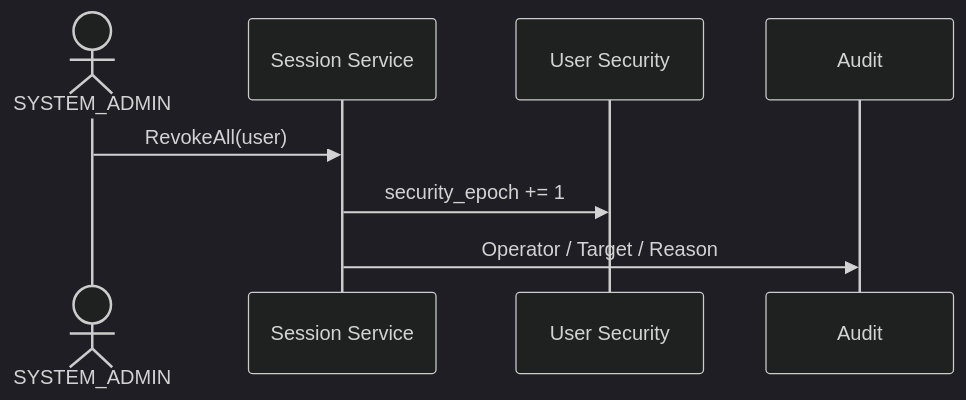
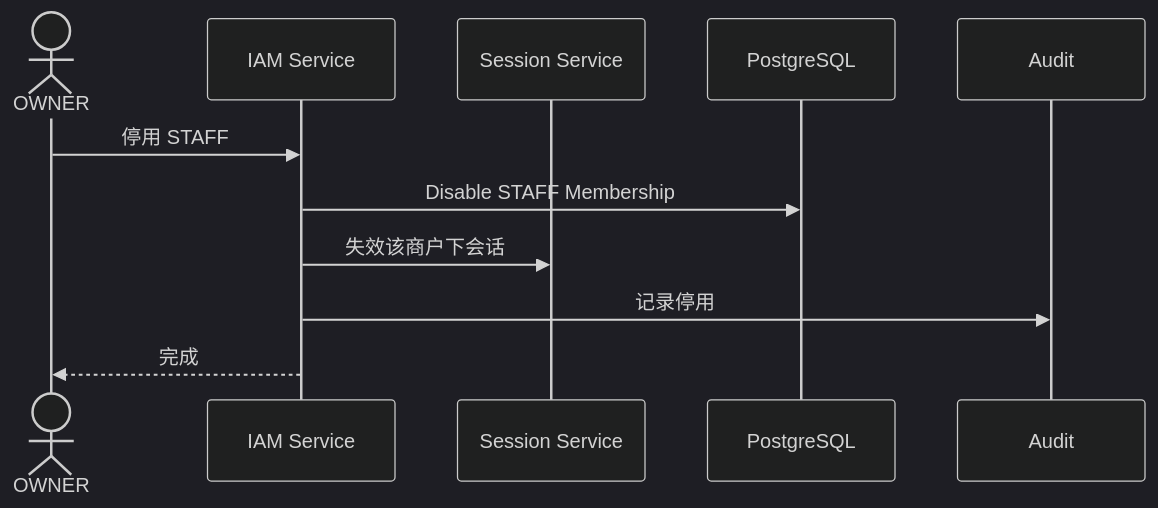
The tenth of 12 diagrams in docs/system-design/01-账户与身份/02-登录与会话.md (sxyq/mastergoods), drawn with Mermaid (dark theme) before and after one commit. The commit also changed other lines of this file and 12 other files, not shown here.

Commit message:
docs(system-design): sync detailed design and explain flows

````diff
--- a/docs/system-design/01-账户与身份/02-登录与会话.md
+++ b/docs/system-design/01-账户与身份/02-登录与会话.md
@@ -203,11 +503,14 @@
 ```mermaid
 sequenceDiagram
-    actor SA as SYSTEM_ADMIN
+    actor O as OWNER
+    participant IAM as IAM Service
     participant SESSION as Session Service
-    participant USER as User Security
+    participant DB as PostgreSQL
     participant AUDIT as Audit
 
-    SA->>SESSION: RevokeAll(user)
-    SESSION->>USER: security_epoch += 1
-    SESSION->>AUDIT: Operator / Target / Reason
+    O->>IAM: 停用 STAFF
+    IAM->>DB: Disable STAFF Membership
+    IAM->>SESSION: 失效该商户下会话
+    IAM->>AUDIT: 记录停用
+    IAM-->>O: 完成
 ```
````
